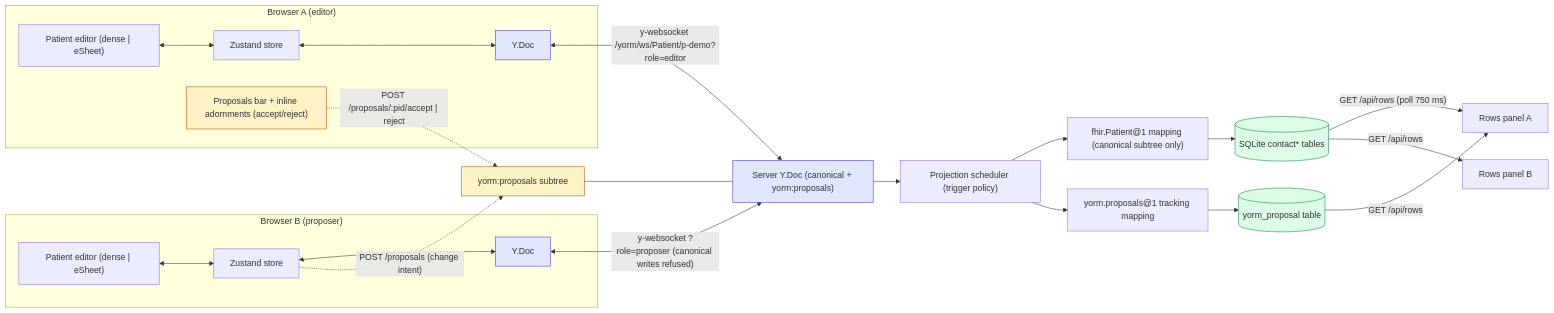
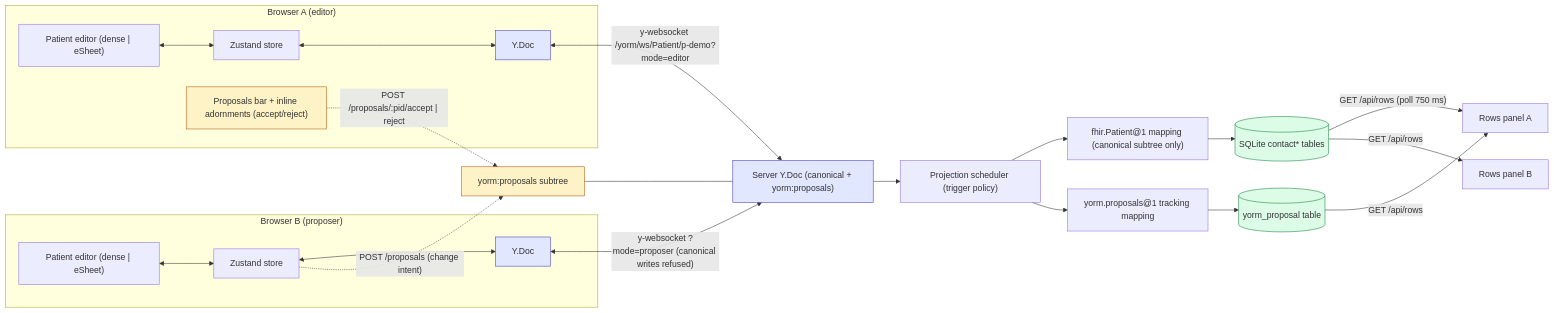
Before and after one commit to mieweb/yorm: the diagram in examples/patient-collab-demo/README.md, drawn with Mermaid. The commit also changed other lines of this file and 24 other files, not shown here.

First line of the commit message:
refactor: rename editor/proposer 'role' to 'mode'

````diff
--- a/examples/patient-collab-demo/README.md
+++ b/examples/patient-collab-demo/README.md
@@ -75,30 +75,30 @@
 ```mermaid
 graph LR
   subgraph BrowserA["Browser A (editor)"]
     FormA["Patient editor (dense | eSheet)"] <--> StoreA["Zustand store"] <--> DocA["Y.Doc"]
     ReviewA["Proposals bar + inline adornments (accept/reject)"]
   end
   subgraph BrowserB["Browser B (proposer)"]
     FormB["Patient editor (dense | eSheet)"] <--> StoreB["Zustand store"] <--> DocB["Y.Doc"]
   end
-  DocA <-->|"y-websocket /yorm/ws/Patient/p-demo?role=editor"| ServerDoc["Server Y.Doc (canonical + yorm:proposals)"]
-  DocB <-->|"y-websocket ?role=proposer (canonical writes refused)"| ServerDoc
+  DocA <-->|"y-websocket /yorm/ws/Patient/p-demo?mode=editor"| ServerDoc["Server Y.Doc (canonical + yorm:proposals)"]
+  DocB <-->|"y-websocket ?mode=proposer (canonical writes refused)"| ServerDoc
   StoreB -.->|"POST /proposals (change intent)"| Proposals["yorm:proposals subtree"]
   Proposals --- ServerDoc
   ReviewA -.->|"POST /proposals/:pid/accept | reject"| Proposals
   ServerDoc --> Scheduler["Projection scheduler (trigger policy)"]
   Scheduler --> Mapping["fhir.Patient@1 mapping (canonical subtree only)"]
   Scheduler --> Tracking["yorm.proposals@1 tracking mapping"]
   Mapping --> Sqlite[("SQLite contact* tables")]
   Tracking --> ProposalTable[("yorm_proposal table")]
   Sqlite -->|"GET /api/rows (poll 750 ms)"| PanelA["Rows panel A"]
   ProposalTable -->|"GET /api/rows"| PanelA
   Sqlite -->|"GET /api/rows"| PanelB["Rows panel B"]
 
   classDef doc fill:#e0e7ff,stroke:#4338ca;
   classDef store fill:#dcfce7,stroke:#15803d;
   classDef proposal fill:#fef3c7,stroke:#b45309;
   class DocA,DocB,ServerDoc doc;
   class Sqlite,ProposalTable store;
   class Proposals,ReviewA proposal;
 ```
````
